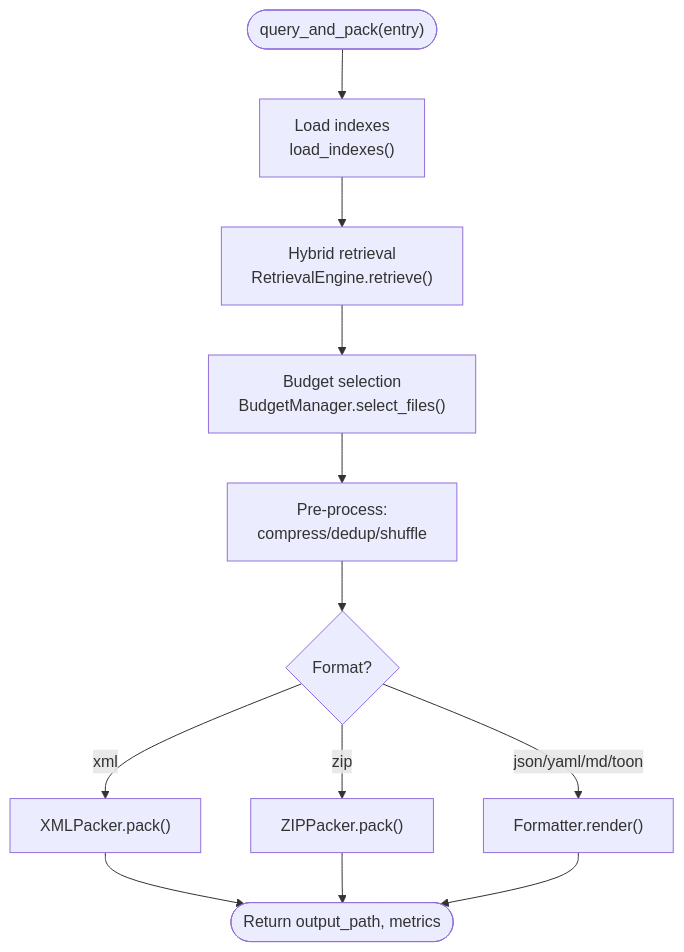
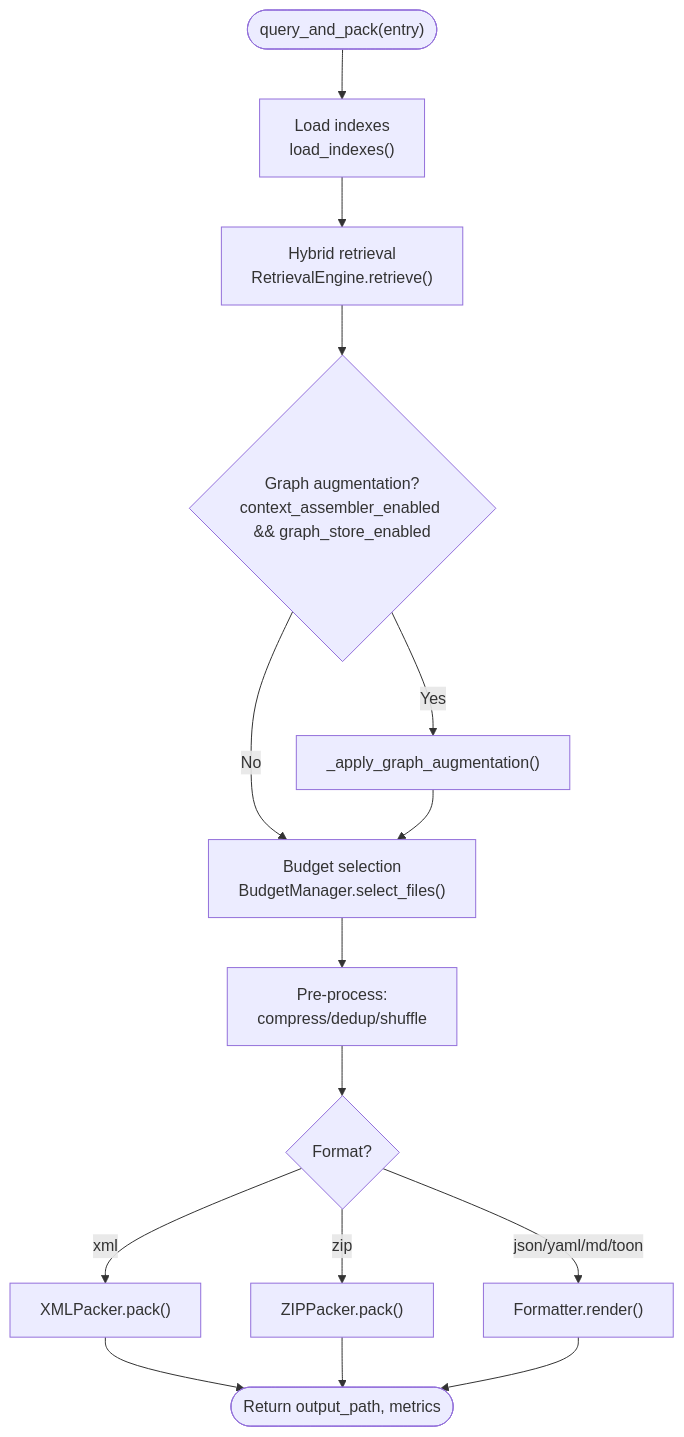
Before and after one commit to maemreyo/zmr-ctx-paker: the fifth of 12 diagrams in .qoder/repowiki/en/content/Core Modules/Workflow Engine/Workflow Engine.md, drawn with Mermaid. The commit also changed other lines of this file and 25 other files, not shown here.

````diff
--- a/.qoder/repowiki/en/content/Core Modules/Workflow Engine/Workflow Engine.md
+++ b/.qoder/repowiki/en/content/Core Modules/Workflow Engine/Workflow Engine.md
@@ -257,14 +292,17 @@
 ```mermaid
 flowchart TD
 QStart(["query_and_pack(entry)"]) --> LoadIdx["Load indexes<br/>load_indexes()"]
 LoadIdx --> Retr["Hybrid retrieval<br/>RetrievalEngine.retrieve()"]
-Retr --> Budget["Budget selection<br/>BudgetManager.select_files()"]
+Retr --> GraphAug{"Graph augmentation?<br/>context_assembler_enabled && graph_store_enabled"}
+GraphAug --> |Yes| CA["_apply_graph_augmentation()"]
+GraphAug --> |No| Budget
+CA --> Budget["Budget selection<br/>BudgetManager.select_files()"]
 Budget --> Pre["Pre-process:<br/>compress/dedup/shuffle"]
 Pre --> Pack{"Format?"}
 Pack --> |xml| XML["XMLPacker.pack()"]
 Pack --> |zip| ZIP["ZIPPacker.pack()"]
 Pack --> |json/yaml/md/toon| Fmt["Formatter.render()"]
 XML --> Out(["Return output_path, metrics"])
 ZIP --> Out
 Fmt --> Out
 ```
````
